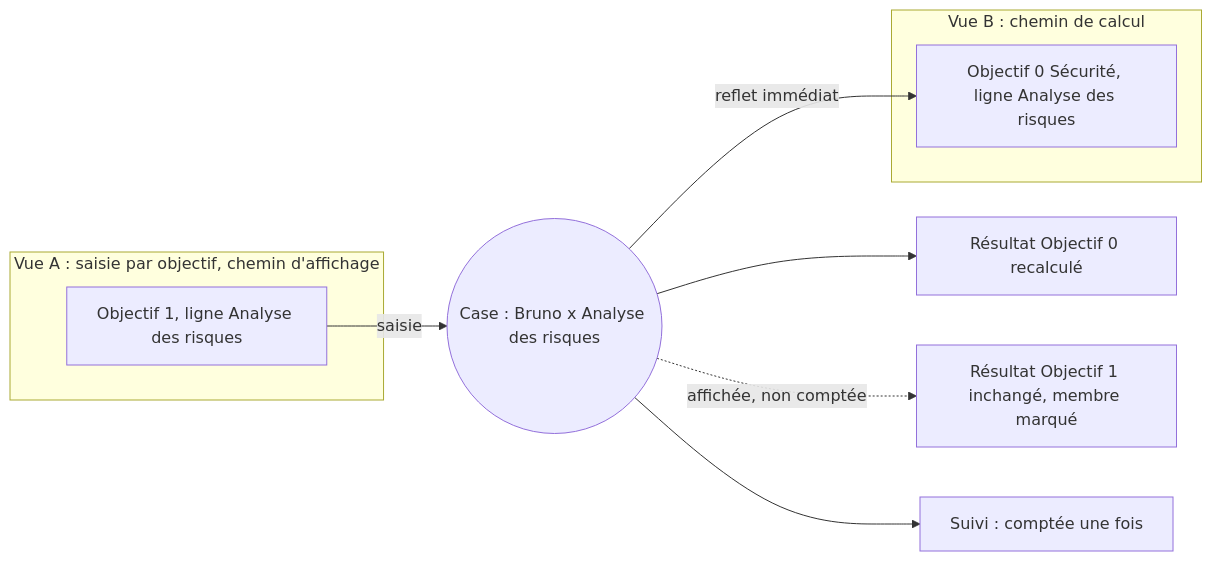
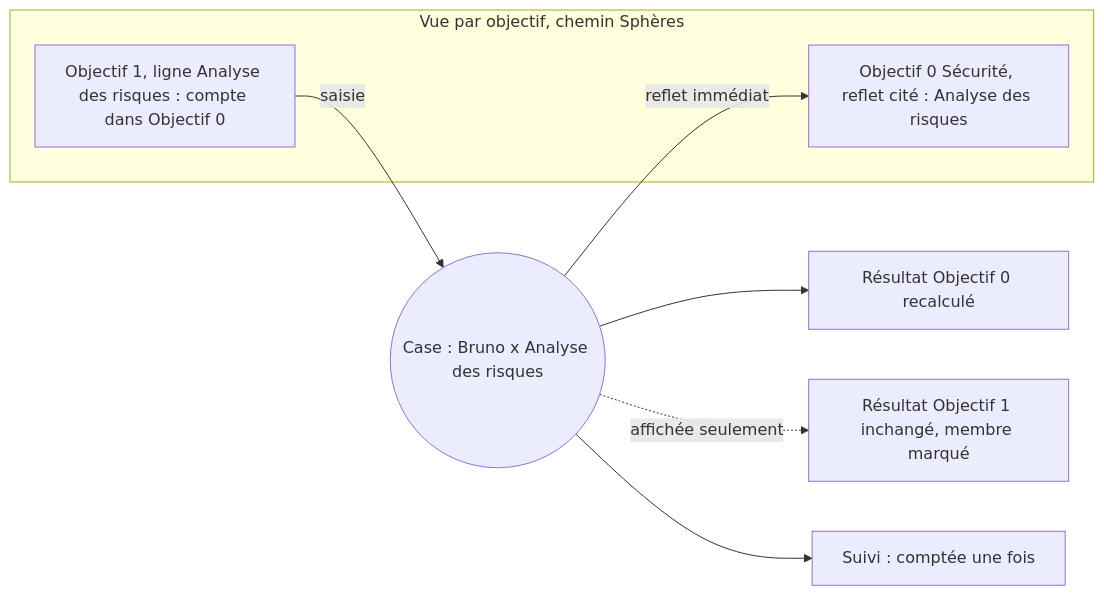
One commit to fuzoh/azimut changed the fourth of 5 diagrams in docs/analyse/11-projections-et-vues.md. Above: the diagram before and after it, drawn with Mermaid. The commit also changed other lines of this file and 1 other file, not shown here.

First line of the commit message:
docs(analyse): reconcile views with calculation model

````diff
--- a/docs/analyse/11-projections-et-vues.md
+++ b/docs/analyse/11-projections-et-vues.md
@@ -383,15 +402,13 @@
 ```mermaid
 flowchart LR
-  subgraph VA["Vue A : saisie par objectif, chemin d'affichage"]
-    A1["Objectif 1, ligne Analyse des risques"]
-  end
-  subgraph VB["Vue B : chemin de calcul"]
-    B1["Objectif 0 Sécurité, ligne Analyse des risques"]
+  subgraph VA["Vue par objectif, chemin Sphères"]
+    A1["Objectif 1, ligne Analyse des risques : compte dans Objectif 0"]
+    B1["Objectif 0 Sécurité, reflet cité : Analyse des risques"]
   end
   CASE(("Case : Bruno x Analyse des risques"))
   A1 -->|"saisie"| CASE
   CASE -->|"reflet immédiat"| B1
   CASE --> R0["Résultat Objectif 0 recalculé"]
-  CASE -.->|"affichée, non comptée"| R1["Résultat Objectif 1 inchangé, membre marqué"]
+  CASE -.->|"affichée seulement"| R1["Résultat Objectif 1 inchangé, membre marqué"]
   CASE --> S["Suivi : comptée une fois"]
 ```
````
